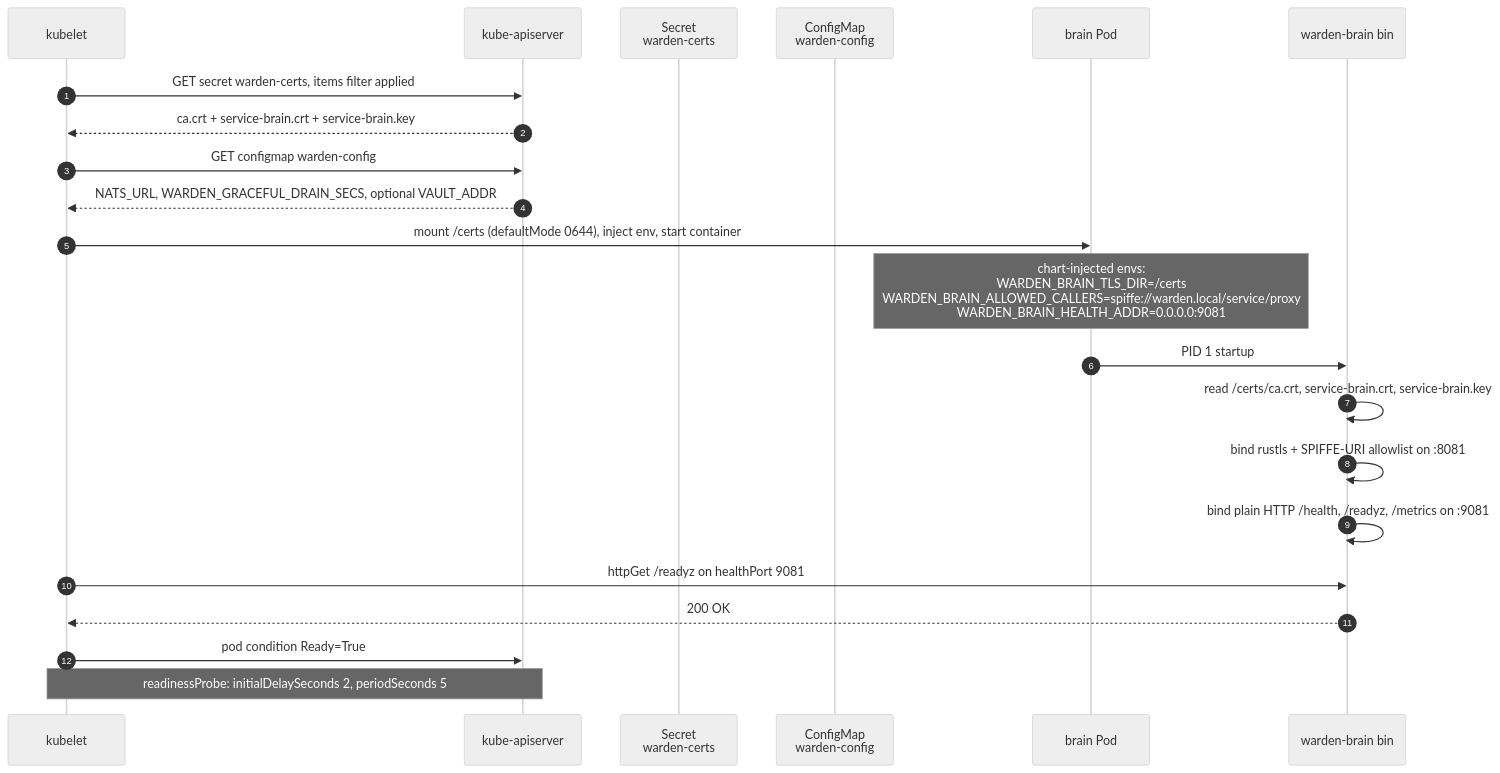
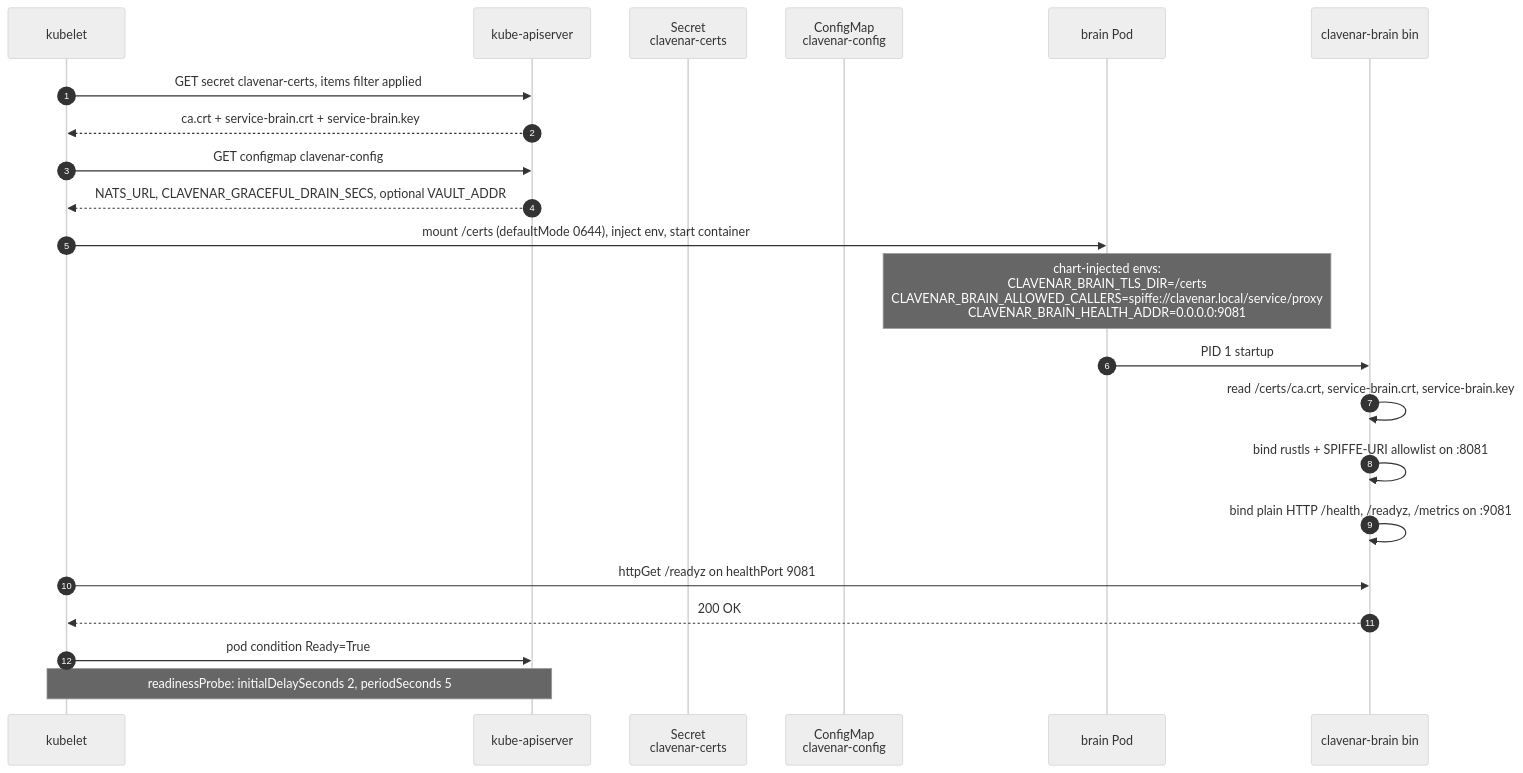
The second of 7 diagrams in docs/SEQUENCES.md (clavenar/clavenar-charts), drawn with Mermaid (neutral theme) before and after one commit. The commit also changed other lines of this file and 40 other files, not shown here.

First line of the commit message:
rename product Agent Warden → Clavenar

````diff
--- a/docs/SEQUENCES.md
+++ b/docs/SEQUENCES.md
@@ -61,28 +61,28 @@
 ```mermaid
 sequenceDiagram
     autonumber
     participant Kube as kubelet
     participant API as kube-apiserver
-    participant Sec as Secret<br/>warden-certs
-    participant CM as ConfigMap<br/>warden-config
+    participant Sec as Secret<br/>clavenar-certs
+    participant CM as ConfigMap<br/>clavenar-config
     participant Pod as brain Pod
-    participant Brain as warden-brain bin
+    participant Brain as clavenar-brain bin
 
-    Kube->>API: GET secret warden-certs, items filter applied
+    Kube->>API: GET secret clavenar-certs, items filter applied
     API-->>Kube: ca.crt + service-brain.crt + service-brain.key
-    Kube->>API: GET configmap warden-config
-    API-->>Kube: NATS_URL, WARDEN_GRACEFUL_DRAIN_SECS, optional VAULT_ADDR
+    Kube->>API: GET configmap clavenar-config
+    API-->>Kube: NATS_URL, CLAVENAR_GRACEFUL_DRAIN_SECS, optional VAULT_ADDR
     Kube->>Pod: mount /certs (defaultMode 0644), inject env, start container
 
-    Note over Pod: chart-injected envs:<br/>WARDEN_BRAIN_TLS_DIR=/certs<br/>WARDEN_BRAIN_ALLOWED_CALLERS=spiffe://warden.local/service/proxy<br/>WARDEN_BRAIN_HEALTH_ADDR=0.0.0.0:9081
+    Note over Pod: chart-injected envs:<br/>CLAVENAR_BRAIN_TLS_DIR=/certs<br/>CLAVENAR_BRAIN_ALLOWED_CALLERS=spiffe://clavenar.local/service/proxy<br/>CLAVENAR_BRAIN_HEALTH_ADDR=0.0.0.0:9081
 
     Pod->>Brain: PID 1 startup
     Brain->>Brain: read /certs/ca.crt, service-brain.crt, service-brain.key
     Brain->>Brain: bind rustls + SPIFFE-URI allowlist on :8081
     Brain->>Brain: bind plain HTTP /health, /readyz, /metrics on :9081
 
     Kube->>Brain: httpGet /readyz on healthPort 9081
     Brain-->>Kube: 200 OK
     Kube->>API: pod condition Ready=True
     Note over Kube,API: readinessProbe: initialDelaySeconds 2, periodSeconds 5
 ```
````
